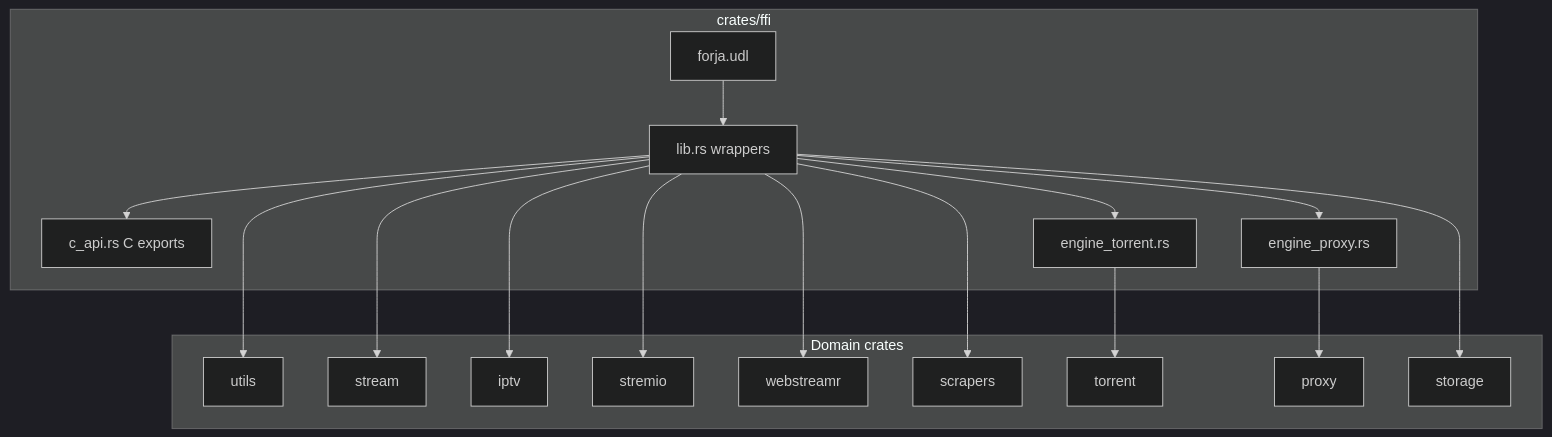
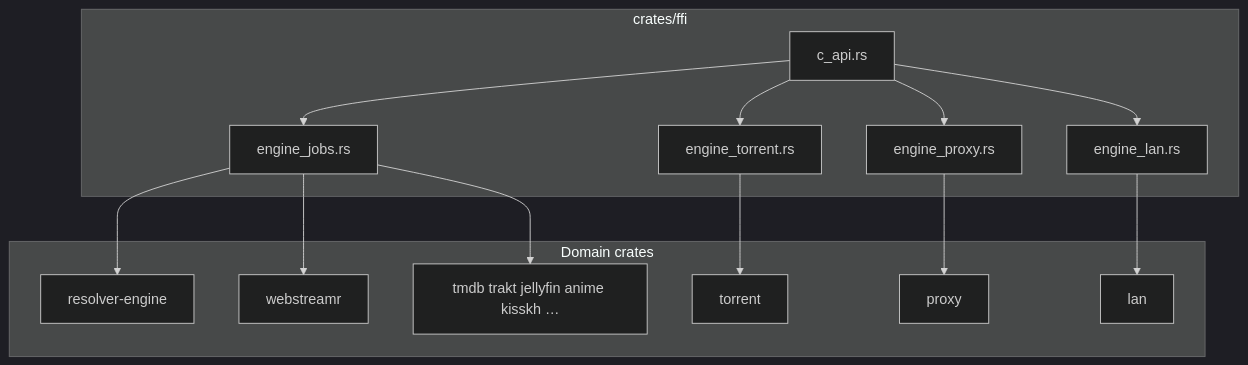
One commit to mGhassen/Forja changed the second of 3 diagrams in docs/ARCHITECTURE.md. Above: the diagram before and after it, drawn with Mermaid (dark theme). The commit also changed other lines of this file and 39 other files, not shown here.

````diff
--- a/docs/ARCHITECTURE.md
+++ b/docs/ARCHITECTURE.md
@@ -125,30 +141,26 @@
 ```mermaid
 flowchart TB
   subgraph ffi_crate [crates/ffi]
-    UDL[forja.udl]
-  LIB[lib.rs wrappers]
-    CAPI[c_api.rs C exports]
+    CAPI[c_api.rs]
+    JOBS[engine_jobs.rs]
+    ET[engine_torrent.rs]
     EP[engine_proxy.rs]
-    ET[engine_torrent.rs]
-    UDL --> LIB
-    LIB --> CAPI
-    LIB --> EP
-    LIB --> ET
+    EL[engine_lan.rs]
+    CAPI --> JOBS
+    CAPI --> ET & EP & EL
   end
 
   subgraph domain [Domain crates]
-    U[utils]
-    SC[stream]
-    IPTV[iptv]
-    STR[stremio]
+    RE[resolver-engine]
     WS[webstreamr]
-    SCR[scrapers]
     TOR[torrent]
     PRX[proxy]
-    STO[storage]
+    LAN[lan]
+    CAT[tmdb trakt jellyfin anime kisskh …]
   end
 
-  LIB --> U & SC & IPTV & STR & WS & SCR & STO
+  JOBS --> RE & WS & CAT
   ET --> TOR
   EP --> PRX
+  EL --> LAN
 ```
````
